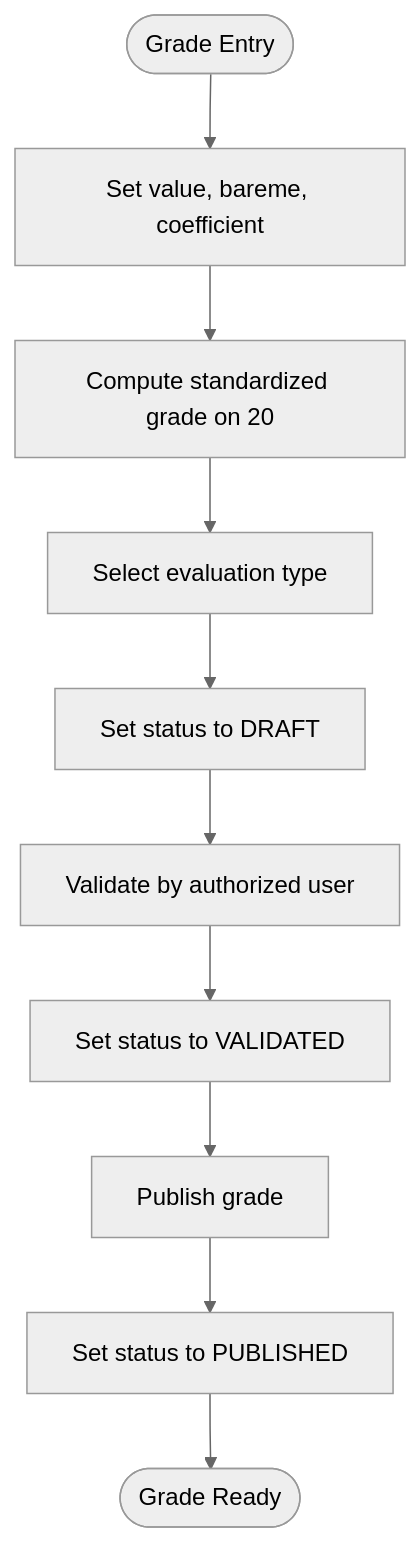
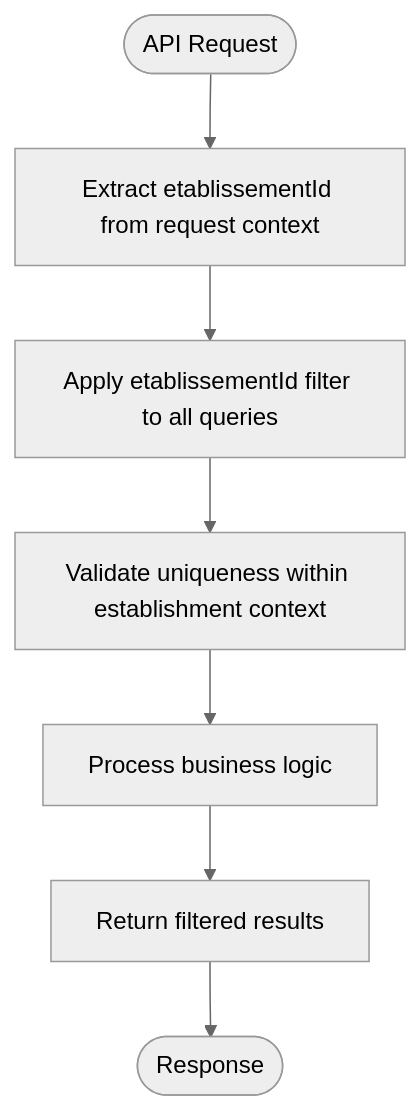
The fifth of 6 diagrams in .qoder/repowiki/en/content/Database Schema & Data Model/Academic Entities.md (franckylab/eLISAschool), drawn with Mermaid (neutral theme) before and after one commit. The commit also changed other lines of this file and 281 other files, not shown here.

````diff
--- a/.qoder/repowiki/en/content/Database Schema & Data Model/Academic Entities.md
+++ b/.qoder/repowiki/en/content/Database Schema & Data Model/Academic Entities.md
@@ -441,12 +520,9 @@
 ```mermaid
 flowchart TD
-Start(["Grade Entry"]) --> SetParams["Set value, bareme, coefficient"]
-SetParams --> Compute["Compute standardized grade on 20"]
-Compute --> EvaluateType["Select evaluation type"]
-EvaluateType --> StatusDraft["Set status to DRAFT"]
-StatusDraft --> Review["Validate by authorized user"]
-Review --> StatusValid["Set status to VALIDATED"]
-StatusValid --> Publish["Publish grade"]
-Publish --> StatusPub["Set status to PUBLISHED"]
-StatusPub --> End(["Grade Ready"])
+Start(["API Request"]) --> GetContext["Extract etablissementId from request context"]
+GetContext --> FilterQuery["Apply etablissementId filter to all queries"]
+FilterQuery --> ValidateUniqueness["Validate uniqueness within establishment context"]
+ValidateUniqueness --> ProcessRequest["Process business logic"]
+ProcessRequest --> ReturnData["Return filtered results"]
+ReturnData --> End(["Response"])
 ```
````
